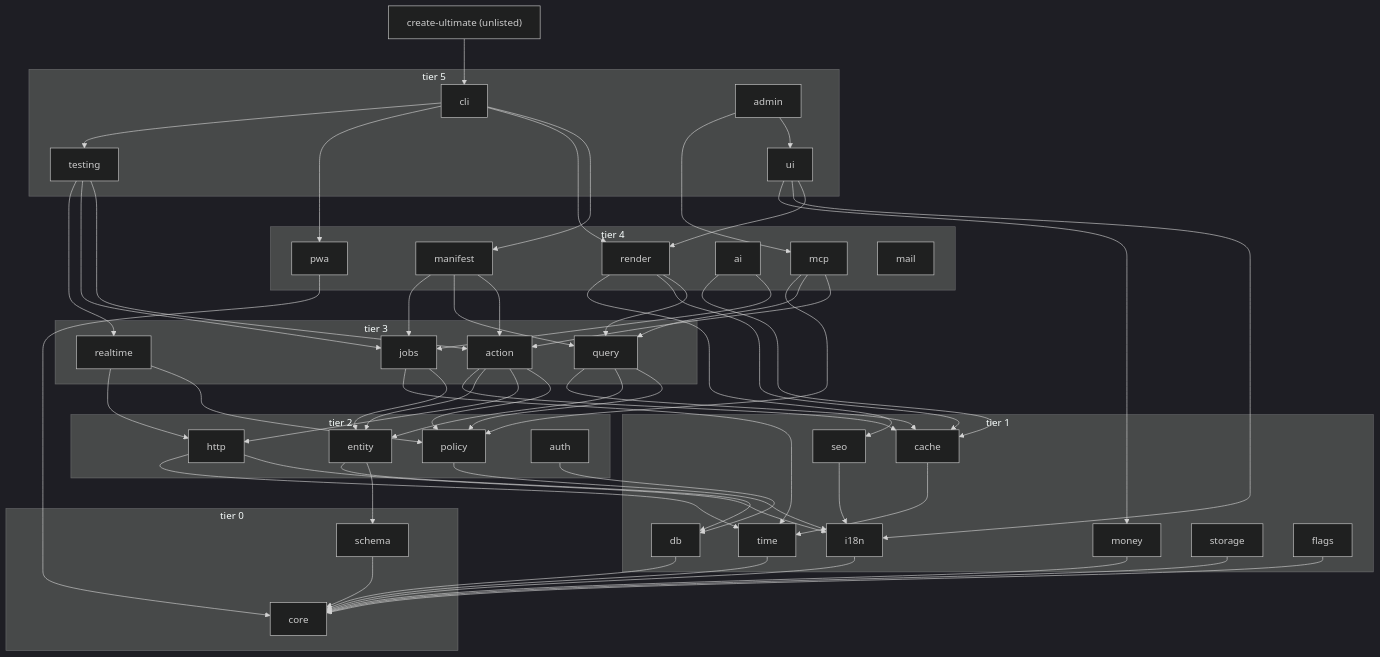
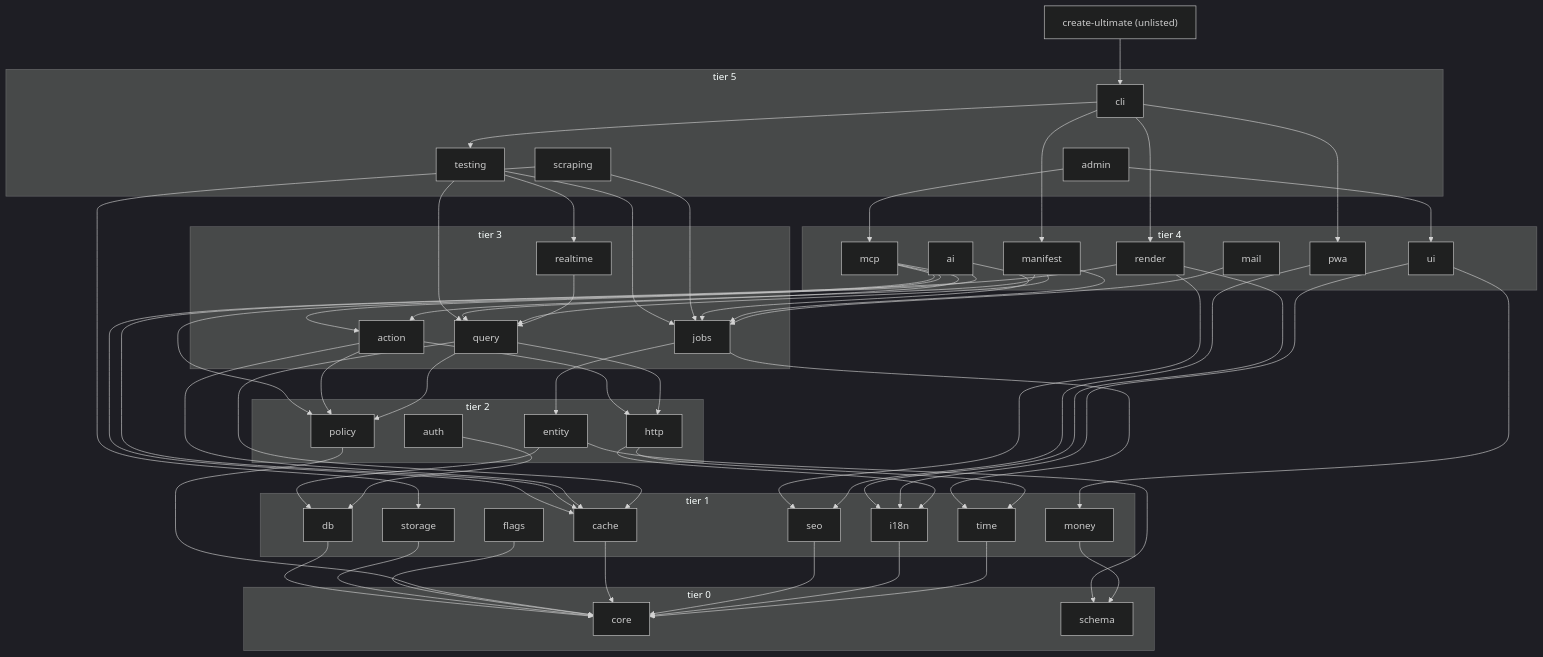
Before and after one commit to developerz-ai/ultimate: the diagram in docs/architecture/01-package-map.md, drawn with Mermaid (dark theme). The commit also changed other lines of this file and 103 other files, not shown here.

````diff
--- a/docs/architecture/01-package-map.md
+++ b/docs/architecture/01-package-map.md
@@ -83,79 +83,78 @@
 ```mermaid
 graph TD
   create-ultimate["create-ultimate (unlisted)"]
   subgraph T5["tier 5"]
-    cli; testing; admin; ui
+    cli; testing; admin; scraping
   end
   subgraph T4["tier 4"]
-    render; pwa; mcp; ai; manifest; mail
+    render; pwa; mcp; ai; manifest; mail; ui
   end
   subgraph T3["tier 3"]
     action; query; jobs; realtime
   end
   subgraph T2["tier 2"]
     entity; policy; http; auth
   end
   subgraph T1["tier 1"]
     i18n; money; time; cache; seo; db; storage; flags
   end
   subgraph T0["tier 0"]
     core; schema
   end
 
   create-ultimate --> cli
 
   cli --> manifest
   cli --> render
   cli --> pwa
   cli --> testing
-  testing --> action
+  testing --> query
   testing --> jobs
   testing --> realtime
   admin --> ui
   admin --> mcp
-  ui --> render
+  scraping --> jobs
+  scraping --> storage
+
+  render --> cache
+  render --> seo
+  render --> i18n
   ui --> i18n
   ui --> money
-
-  render --> query
-  render --> cache
-  render --> seo
-  pwa --> core
+  pwa --> seo
   mcp --> action
   mcp --> query
   mcp --> policy
   ai --> jobs
   ai --> cache
   manifest --> action
   manifest --> query
   manifest --> jobs
+  mail --> jobs
 
   action --> policy
   action --> http
-  action --> entity
   action --> cache
   query --> policy
-  query --> entity
+  query --> http
   query --> cache
   jobs --> entity
   jobs --> time
-  realtime --> policy
-  realtime --> http
+  realtime --> query
 
   entity --> schema
   entity --> db
   auth --> db
   db --> core
   storage --> core
   flags --> core
-  policy --> i18n
+  policy --> core
   http --> i18n
   http --> time
-  cache --> time
-  seo --> i18n
+  cache --> core
+  seo --> core
 
   i18n --> core
-  money --> core
+  money --> schema
   time --> core
-  schema --> core
 ```
````
